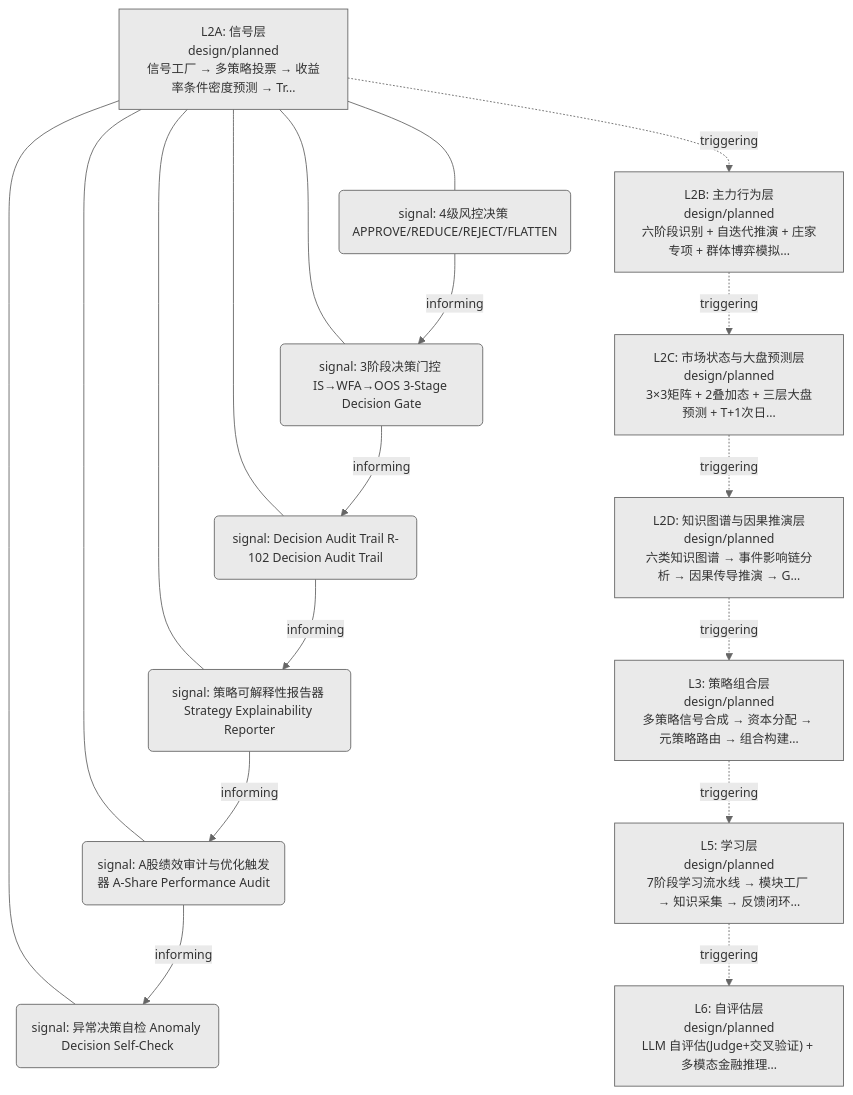
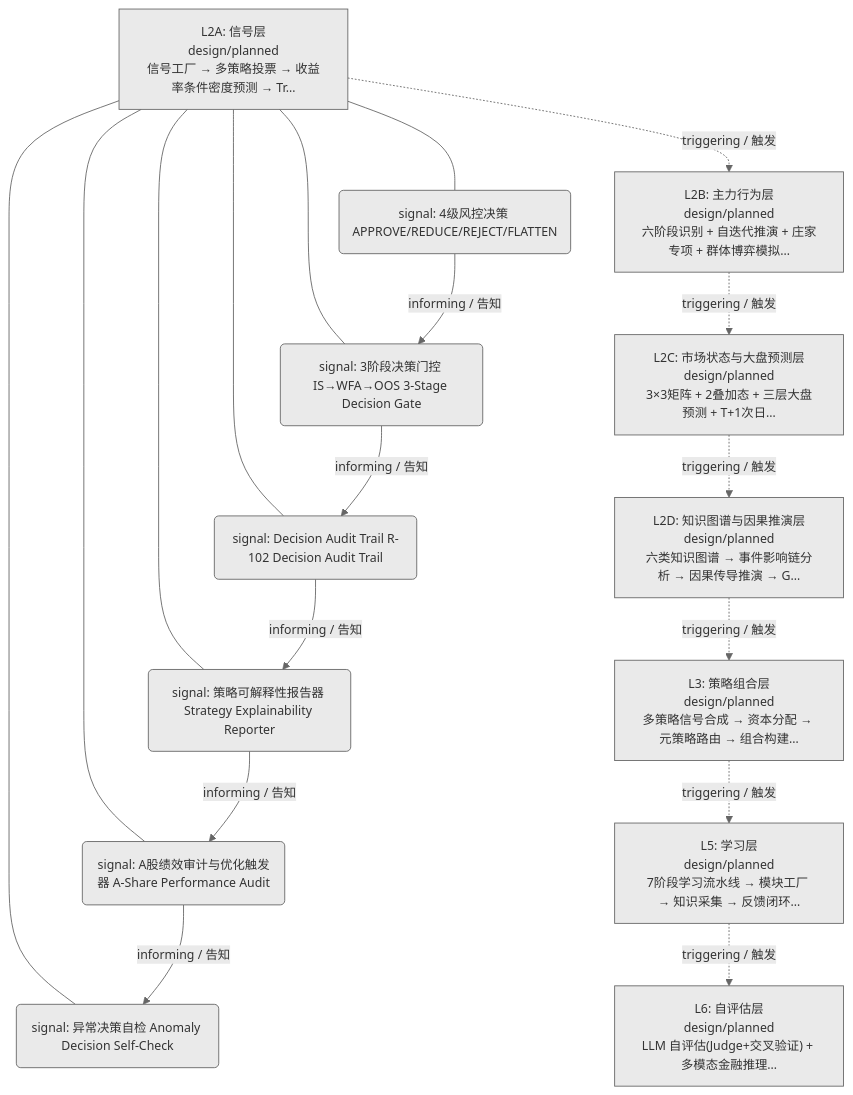
One commit to xuanFelixVan/ZephyrAlpha changed the first of 2 diagrams in docs/02_enterprise_architecture/06_decision_architecture/09_decision_l2a_research.md. Above: the diagram before and after it, drawn with Mermaid. The commit also changed other lines of this file and 23 other files, not shown here.

First line of the commit message:
feat(decision-diagram): mermaid 边标签加中文（triggering/触发 等）

````diff
--- a/docs/02_enterprise_architecture/06_decision_architecture/09_decision_l2a_research.md
+++ b/docs/02_enterprise_architecture/06_decision_architecture/09_decision_l2a_research.md
@@ -21,34 +21,34 @@
 ```mermaid
 %%{init: {'theme': 'base', 'themeVariables': {'primaryColor': '#eaeaea', 'primaryTextColor': '#333333', 'primaryBorderColor': '#666666', 'lineColor': '#666666', 'secondaryColor': '#eaeaea', 'tertiaryColor': '#eaeaea', 'fontSize': '14px'}}}%%
 flowchart TD
     LL2A["L2A: 信号层<br/>design/planned<br/>信号工厂 → 多策略投票 → 收益率条件密度预测 → Tr…"]
     N204("signal: 4级风控决策 APPROVE/REDUCE/REJECT/FLATTEN")
     LL2A --- N204
     N205("signal: 3阶段决策门控 IS→WFA→OOS 3-Stage Decision Gate")
     LL2A --- N205
     N206("signal: Decision Audit Trail R-102 Decision Audit Trail")
     LL2A --- N206
     N211("signal: 策略可解释性报告器 Strategy Explainability Reporter")
     LL2A --- N211
     N212("signal: A股绩效审计与优化触发器 A-Share Performance Audit")
     LL2A --- N212
     N213("signal: 异常决策自检 Anomaly Decision Self-Check")
     LL2A --- N213
     LL2B["L2B: 主力行为层<br/>design/planned<br/>六阶段识别 + 自迭代推演 + 庄家专项 + 群体博弈模拟…"]
     LL2C["L2C: 市场状态与大盘预测层<br/>design/planned<br/>3×3矩阵 + 2叠加态 + 三层大盘预测 + T+1次日…"]
     LL2D["L2D: 知识图谱与因果推演层<br/>design/planned<br/>六类知识图谱 → 事件影响链分析 → 因果传导推演 → G…"]
     LL3["L3: 策略组合层<br/>design/planned<br/>多策略信号合成 → 资本分配 → 元策略路由 → 组合构建…"]
     LL5["L5: 学习层<br/>design/planned<br/>7阶段学习流水线 → 模块工厂 → 知识采集 → 反馈闭环…"]
     LL6["L6: 自评估层<br/>design/planned<br/>LLM 自评估(Judge+交叉验证) + 多模态金融推理…"]
-    LL2A -.->|triggering| LL2B
-    LL2B -.->|triggering| LL2C
-    LL2C -.->|triggering| LL2D
-    LL2D -.->|triggering| LL3
-    LL3 -.->|triggering| LL5
-    LL5 -.->|triggering| LL6
-    N204 -->|informing| N205
-    N205 -->|informing| N206
-    N206 -->|informing| N211
-    N211 -->|informing| N212
-    N212 -->|informing| N213
+    LL2A -.->|triggering / 触发| LL2B
+    LL2B -.->|triggering / 触发| LL2C
+    LL2C -.->|triggering / 触发| LL2D
+    LL2D -.->|triggering / 触发| LL3
+    LL3 -.->|triggering / 触发| LL5
+    LL5 -.->|triggering / 触发| LL6
+    N204 -->|informing / 告知| N205
+    N205 -->|informing / 告知| N206
+    N206 -->|informing / 告知| N211
+    N211 -->|informing / 告知| N212
+    N212 -->|informing / 告知| N213
 ```
````
